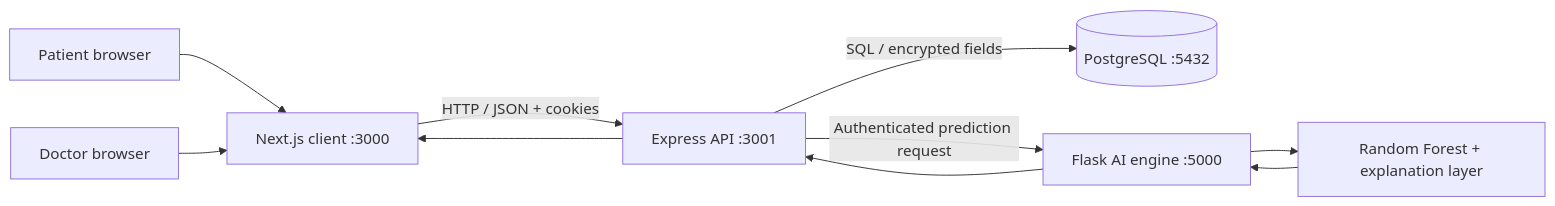
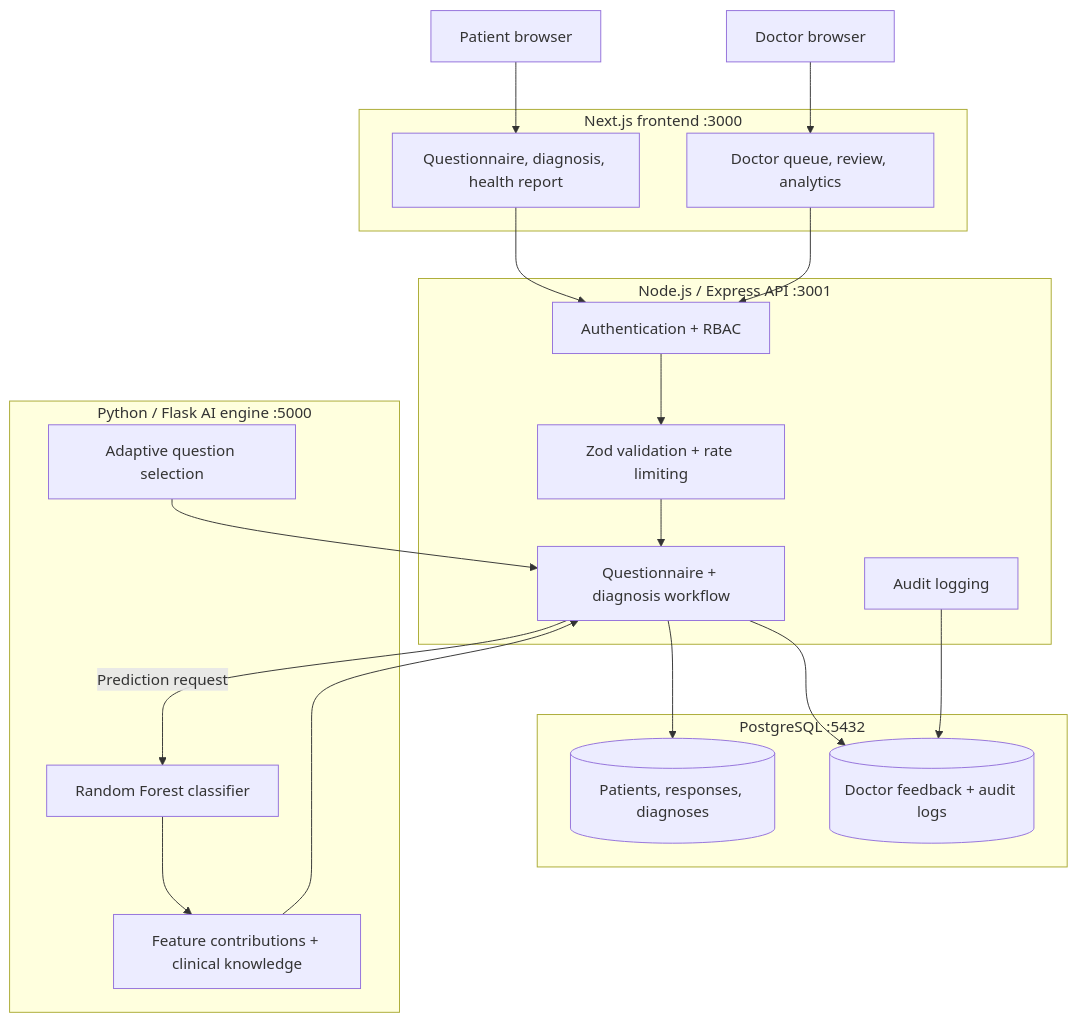
Before and after one commit to yash23082007/Mediscan-AI: the diagram in README.md, drawn with Mermaid. The commit also changed other lines of this file, not shown here.

````diff
--- a/README.md
+++ b/README.md
@@ -146,12 +71,42 @@
 ```mermaid
-flowchart LR
-    P["Patient browser"] --> C["Next.js client :3000"]
-    D["Doctor browser"] --> C
-    C -->|"HTTP / JSON + cookies"| A["Express API :3001"]
-    A -->|"SQL / encrypted fields"| DB[("PostgreSQL :5432")]
-    A -->|"Authenticated prediction request"| AI["Flask AI engine :5000"]
-    AI --> M["Random Forest + explanation layer"]
-    M --> AI
-    AI --> A
-    A --> C
+flowchart TB
+    Patient["Patient browser"]
+    Doctor["Doctor browser"]
+
+    subgraph Frontend["Next.js frontend :3000"]
+        PatientUI["Questionnaire, diagnosis, health report"]
+        DoctorUI["Doctor queue, review, analytics"]
+    end
+
+    subgraph API["Node.js / Express API :3001"]
+        Auth["Authentication + RBAC"]
+        Validation["Zod validation + rate limiting"]
+        Workflow["Questionnaire + diagnosis workflow"]
+        Audit["Audit logging"]
+    end
+
+    subgraph Storage["PostgreSQL :5432"]
+        Data[("Patients, responses, diagnoses")]
+        Feedback[("Doctor feedback + audit logs")]
+    end
+
+    subgraph AI["Python / Flask AI engine :5000"]
+        Questions["Adaptive question selection"]
+        Model["Random Forest classifier"]
+        Explain["Feature contributions + clinical knowledge"]
+    end
+
+    Patient --> PatientUI
+    Doctor --> DoctorUI
+    PatientUI --> Auth
+    DoctorUI --> Auth
+    Auth --> Validation
+    Validation --> Workflow
+    Workflow --> Data
+    Workflow -->|"Prediction request"| Model
+    Questions --> Workflow
+    Model --> Explain
+    Explain --> Workflow
+    Workflow --> Feedback
+    Audit --> Feedback
 ```
````
